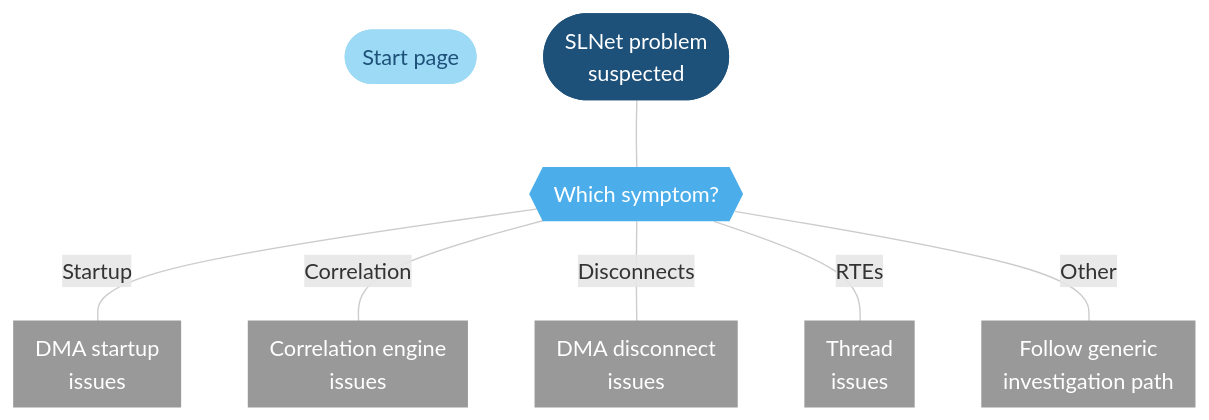
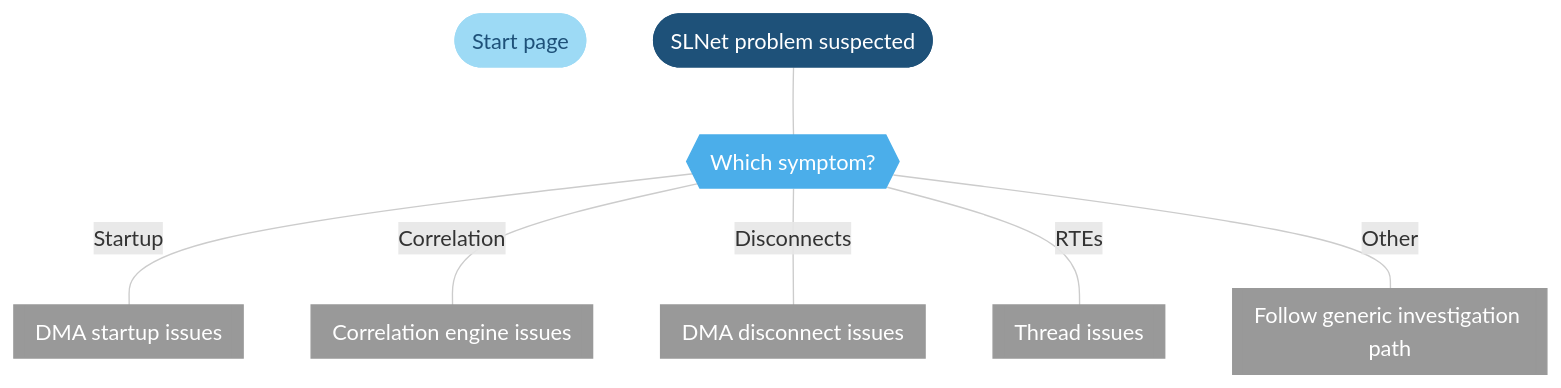
The diagram in user-guide/Troubleshooting/Troubleshooting_Flowcharts/Troubleshooting_Process_Identification/Communication_processes/Troubleshooting_SLNet_exe.md (SkylineCommunications/dataminer-docs), drawn with Mermaid before and after one commit. The commit also changed 21 other files, not shown here.

````diff
--- a/user-guide/Troubleshooting/Troubleshooting_Flowcharts/Troubleshooting_Process_Identification/Communication_processes/Troubleshooting_SLNet_exe.md
+++ b/user-guide/Troubleshooting/Troubleshooting_Flowcharts/Troubleshooting_Process_Identification/Communication_processes/Troubleshooting_SLNet_exe.md
@@ -25,63 +25,63 @@
 ```mermaid
 flowchart TD
 %% -------------------------------------------------------------------------
 %% SLNet flowchart - main page
 %% -------------------------------------------------------------------------
 %% -------------------------------------------------------------------------
 %% Define styles
 %% -------------------------------------------------------------------------
 linkStyle default stroke:#cccccc
 classDef classTerminal fill:#1e5179,stroke:#1e5179,color:#ffffff,stroke-width:1px;
 classDef classDecision fill:#4baeea,stroke:#4baeea,color:#ffffff,stroke-width:1px;
 classDef classExternalRef fill:#9ddaf5,stroke:#9ddaf5,color:#1E5179,stroke-width:1px;
 classDef classActionClickable fill:#999999,stroke:#999999,color:#ffffff,stroke-width:1px;
 classDef classSolution fill:#58595b,stroke:#58595b,color:#ffffff,stroke-width:1px;
 classDef classAction fill:#dddddd,stroke:#dddddd,color:#1E5179,stroke-width:1px;
 %% -------------------------------------------------------------------------
 %% flowchart structure
 %% -------------------------------------------------------------------------
   HOME([Start page])
-  START([SLNet problem <br />suspected])
+  START([SLNet problem suspected])
   MODULES{{Which symptom?}}
-    CORR[[Correlation engine<br/>issues]]
-    STARTUP[[DMA startup<br/>issues]]
-    DISC[[DMA disconnect<br/>issues]]
+    CORR[[Correlation engine issues]]
+    STARTUP[[DMA startup issues]]
+    DISC[[DMA disconnect issues]]
 %% FAILOVER case to be defined later (uncomment next line):
-%% FAILOVER[[Failover<br/>issues]]
-    THREAD[[Thread<br/>issues]]
-    OTHER[[Follow generic<br/>investigation path]]
+%% FAILOVER[[Failover issues]]
+    THREAD[[Thread issues]]
+    OTHER[[Follow generic investigation path]]
      START --- MODULES
 	 MODULES --- |Startup| STARTUP
 	 MODULES --- |Correlation| CORR
 %% FAILOVER case to be defined later (uncomment next line):
 %% MODULES --- |Failover|FAILOVER
    MODULES --- |Disconnects| DISC
 	 MODULES --- |RTEs| THREAD
    MODULES --- |Other| OTHER
 %% -------------------------------------------------------------------------	
 %% all blocks terminating at a common End?
 %% -------------------------------------------------------------------------
 %%    ENDING([End])
 %%	  OTHER --- ENDING
 %%    STARTUP --- ENDING
 %%    DISC --- ENDING
 %%    FAILOVER --- ENDING
 %%    CORR --- ENDING
 %% 	  THREAD --- ENDING
 %% -------------------------------------------------------------------------
 %% Define hyperlinks %%
 %% -------------------------------------------------------------------------
 click HOME "/user-guide/Troubleshooting/Troubleshooting_Flowcharts/Finding_a_Root_Cause.html"
 click STARTUP "/user-guide/Troubleshooting/Troubleshooting_Flowcharts/Troubleshooting_Process_Identification/Communication_processes/SLNet/Troubleshooting_SLNet_Startup.html"
 click CORR "/user-guide/Troubleshooting/Troubleshooting_Flowcharts/Troubleshooting_Process_Identification/Communication_processes/SLNet/Troubleshooting_SLNet_Correlation_Engine.html"
 click DISC "/user-guide/Troubleshooting/Troubleshooting_Flowcharts/Troubleshooting_Process_Identification/Communication_processes/SLNet/Troubleshooting_SLNet_Disconnects.html" "Go to disconnect cases"
 click THREAD "/user-guide/Troubleshooting/Troubleshooting_Flowcharts/Troubleshooting_Process_Identification/Communication_processes/SLNet/Troubleshooting_SLNet_RTEs.html"
 click OTHER "/user-guide/Troubleshooting/Troubleshooting_Flowcharts/Finding_a_Root_Cause.html"
 %% -------------------------------------------------------------------------
 %% Apply styles to blocks
 %% -------------------------------------------------------------------------
 class OTHER,CORR,THREAD,FAILOVER,DISC,STARTUP classActionClickable;
 class MODULES classDecision;
 class START classTerminal;
 class HOME classExternalRef;
 ```
````
